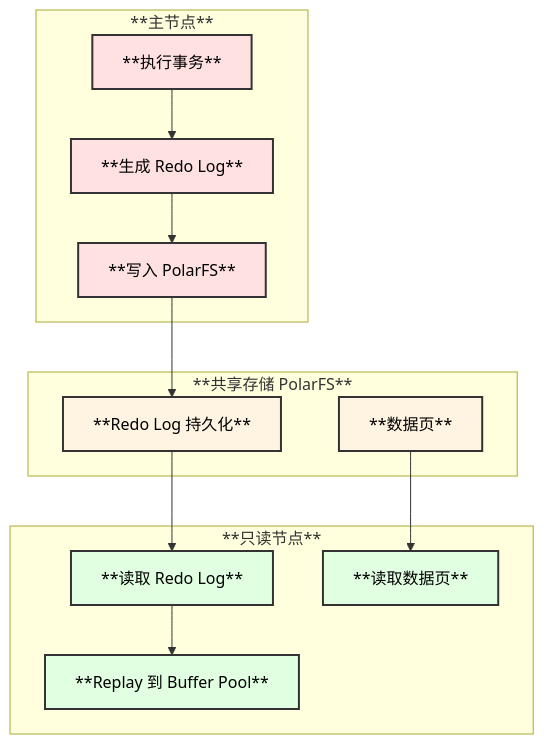
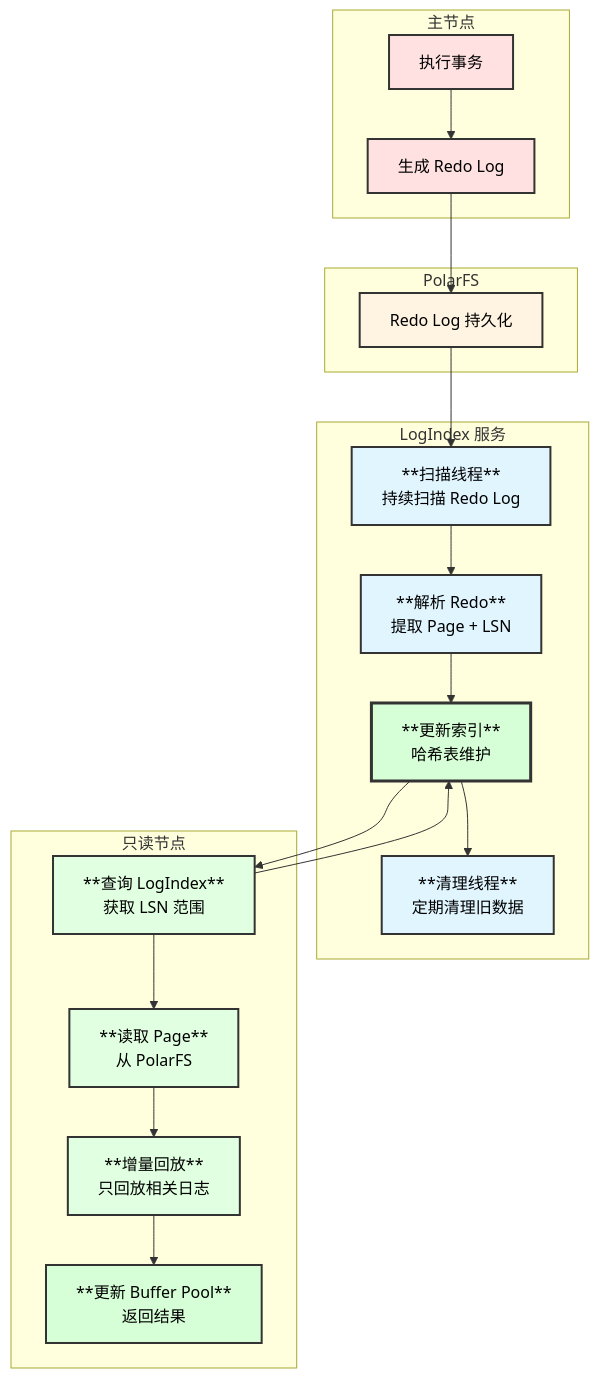
Before and after one commit to victor1589007281/percona-server: diagram 17 of 29 in vdocs/design/PolarDB_Architecture.md, drawn with Mermaid. The commit also changed other lines of this file and 141 other files, not shown here.

````diff
--- a/vdocs/design/PolarDB_Architecture.md
+++ b/vdocs/design/PolarDB_Architecture.md
@@ -491,35 +1303,50 @@
 ```mermaid
 graph TB
-    subgraph "**主节点**"
-        A[**执行事务**]
-        B[**生成 Redo Log**]
-        C[**写入 PolarFS**]
+    subgraph "主节点"
+        A["执行事务"]
+        B["生成 Redo Log"]
     end
     
-    subgraph "**共享存储 PolarFS**"
-        D[**Redo Log 持久化**]
-        E[**数据页**]
+    subgraph "PolarFS"
+        C["Redo Log 持久化"]
     end
     
-    subgraph "**只读节点**"
-        F[**读取 Redo Log**]
-        G[**Replay 到 Buffer Pool**]
-        H[**读取数据页**]
+    subgraph "LogIndex 服务"
+        D[**扫描线程**<br/>持续扫描 Redo Log]
+        E[**解析 Redo**<br/>提取 Page + LSN]
+        F[**更新索引**<br/>哈希表维护]
+        G[**清理线程**<br/>定期清理旧数据]
+    end
+    
+    subgraph "只读节点"
+        H[**查询 LogIndex**<br/>获取 LSN 范围]
+        I[**读取 Page**<br/>从 PolarFS]
+        J[**增量回放**<br/>只回放相关日志]
+        K[**更新 Buffer Pool**<br/>返回结果]
     end
     
     A --> B
     B --> C
     C --> D
-    D --> F
+    D --> E
+    E --> F
     F --> G
-    E --> H
+    
+    H --> F
+    F --> H
+    H --> I
+    I --> J
+    J --> K
     
     style A fill:#ffe1e1,stroke:#333,stroke-width:2px,color:#000
     style B fill:#ffe1e1,stroke:#333,stroke-width:2px,color:#000
-    style C fill:#ffe1e1,stroke:#333,stroke-width:2px,color:#000
-    style D fill:#fff3e1,stroke:#333,stroke-width:2px,color:#000
-    style E fill:#fff3e1,stroke:#333,stroke-width:2px,color:#000
-    style F fill:#e1ffe1,stroke:#333,stroke-width:2px,color:#000
-    style G fill:#e1ffe1,stroke:#333,stroke-width:2px,color:#000
+    style C fill:#fff3e1,stroke:#333,stroke-width:2px,color:#000
+    style D fill:#e1f5ff,stroke:#333,stroke-width:2px,color:#000
+    style E fill:#e1f5ff,stroke:#333,stroke-width:2px,color:#000
+    style F fill:#d7ffd7,stroke:#333,stroke-width:3px,color:#000
+    style G fill:#e1f5ff,stroke:#333,stroke-width:2px,color:#000
     style H fill:#e1ffe1,stroke:#333,stroke-width:2px,color:#000
+    style I fill:#e1ffe1,stroke:#333,stroke-width:2px,color:#000
+    style J fill:#e1ffe1,stroke:#333,stroke-width:2px,color:#000
+    style K fill:#d7ffd7,stroke:#333,stroke-width:2px,color:#000
 ```
````
